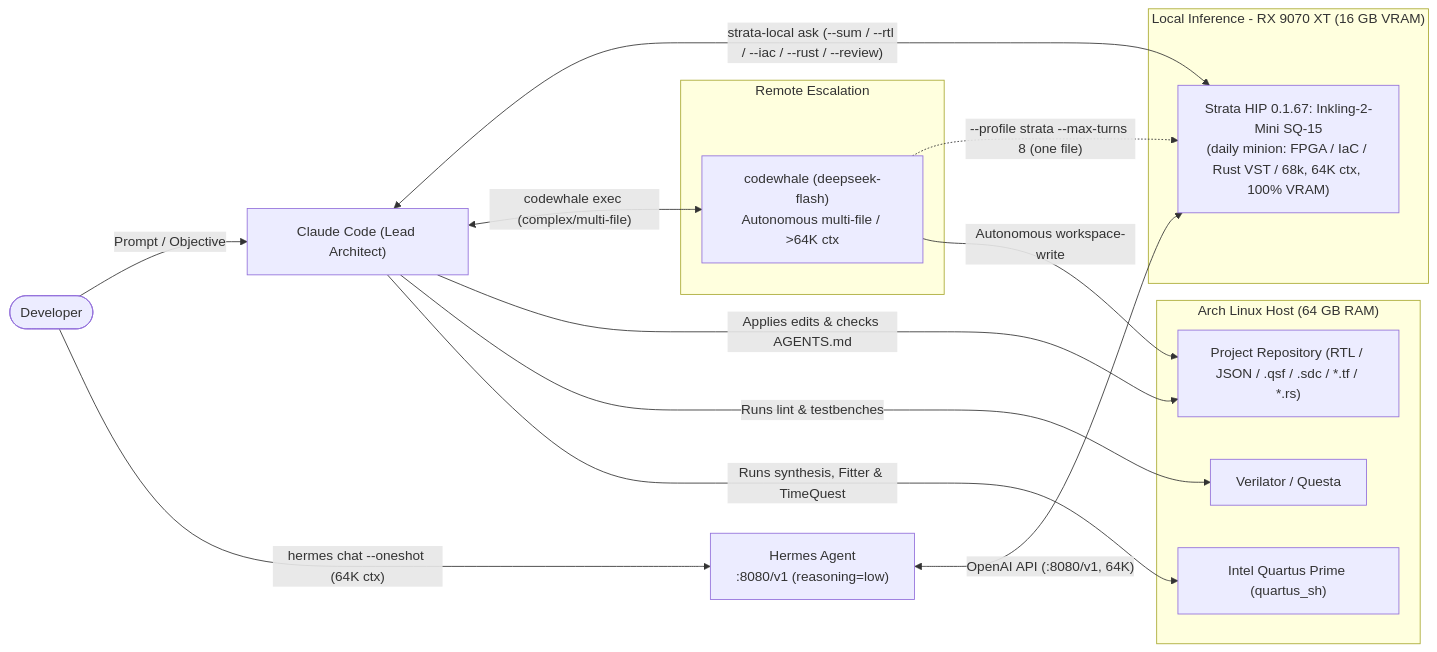
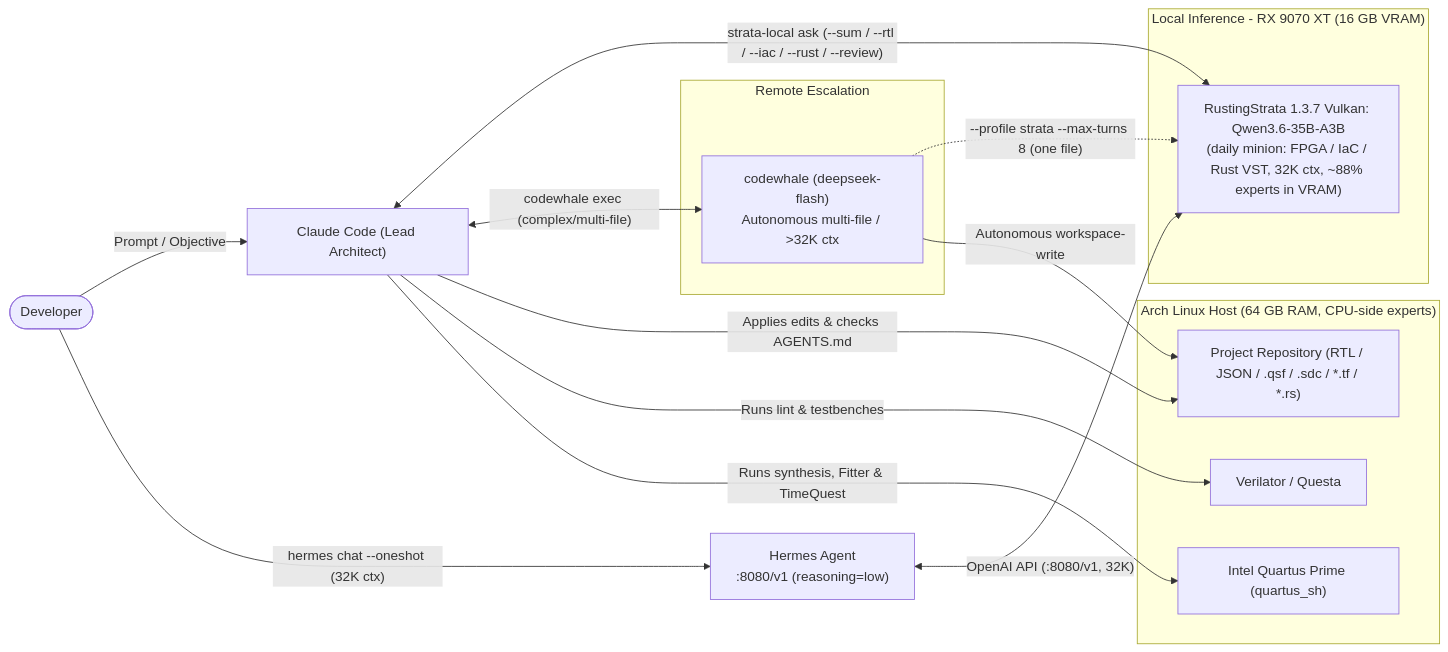
One commit to DanimanX/9070FpgaIAWorkflow changed the first of 3 diagrams in docs/ai-fpga-workflow.md. Above: the diagram before and after it, drawn with Mermaid. The commit also changed other lines of this file and 8 other files, not shown here.

First line of the commit message:
feat: switch local minion to RustingStrata + Qwen3.6-35B-A3B (Vulkan)

````diff
--- a/docs/ai-fpga-workflow.md
+++ b/docs/ai-fpga-workflow.md
@@ -16,28 +16,28 @@
 ```mermaid
 flowchart LR
     Dev(["Developer"]) -->|"Prompt / Objective"| Claude["Claude Code (Lead Architect)"]
-    Dev -->|"hermes chat --oneshot (64K ctx)"| Hermes["Hermes Agent<br/>:8080/v1 (reasoning=low)"]
+    Dev -->|"hermes chat --oneshot (32K ctx)"| Hermes["Hermes Agent<br/>:8080/v1 (reasoning=low)"]
 
     subgraph LocalGPU["Local Inference - RX 9070 XT (16 GB VRAM)"]
-        Strata["Strata HIP 0.1.67: Inkling-2-Mini SQ-15<br/>(daily minion: FPGA / IaC / Rust VST / 68k, 64K ctx, 100% VRAM)"]
+        Strata["RustingStrata 1.3.7 Vulkan: Qwen3.6-35B-A3B<br/>(daily minion: FPGA / IaC / Rust VST, 32K ctx, ~88% experts in VRAM)"]
     end
 
     subgraph CloudAPI["Remote Escalation"]
-        CW["codewhale (deepseek-flash)<br/>Autonomous multi-file / >64K ctx"]
+        CW["codewhale (deepseek-flash)<br/>Autonomous multi-file / >32K ctx"]
     end
 
-    subgraph Toolchain["Arch Linux Host (64 GB RAM)"]
+    subgraph Toolchain["Arch Linux Host (64 GB RAM, CPU-side experts)"]
         FS["Project Repository (RTL / JSON / .qsf / .sdc / *.tf / *.rs)"]
         Sim["Verilator / Questa"]
         Quartus["Intel Quartus Prime (quartus_sh)"]
     end
 
-    Hermes <-->|"OpenAI API (:8080/v1, 64K)"| Strata
+    Hermes <-->|"OpenAI API (:8080/v1, 32K)"| Strata
     Claude <-->|"strata-local ask (--sum / --rtl / --iac / --rust / --review)"| Strata
     CW -.->|"--profile strata --max-turns 8 (one file)"| Strata
     Claude <-->|"codewhale exec (complex/multi-file)"| CW
     Claude -->|"Applies edits & checks AGENTS.md"| FS
     CW -->|"Autonomous workspace-write"| FS
     Claude -->|"Runs lint & testbenches"| Sim
     Claude -->|"Runs synthesis, Fitter & TimeQuest"| Quartus
 ```
````
